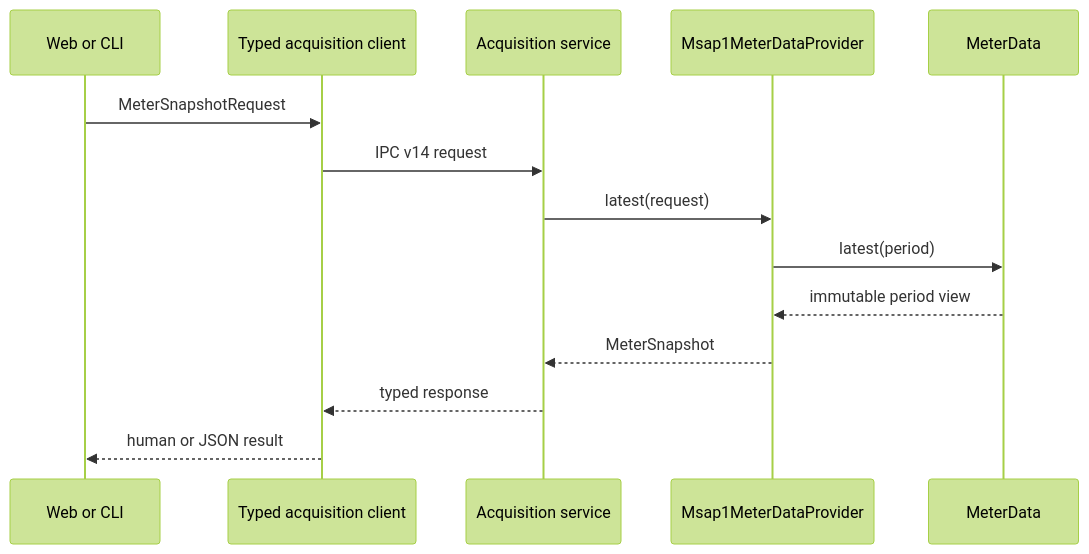
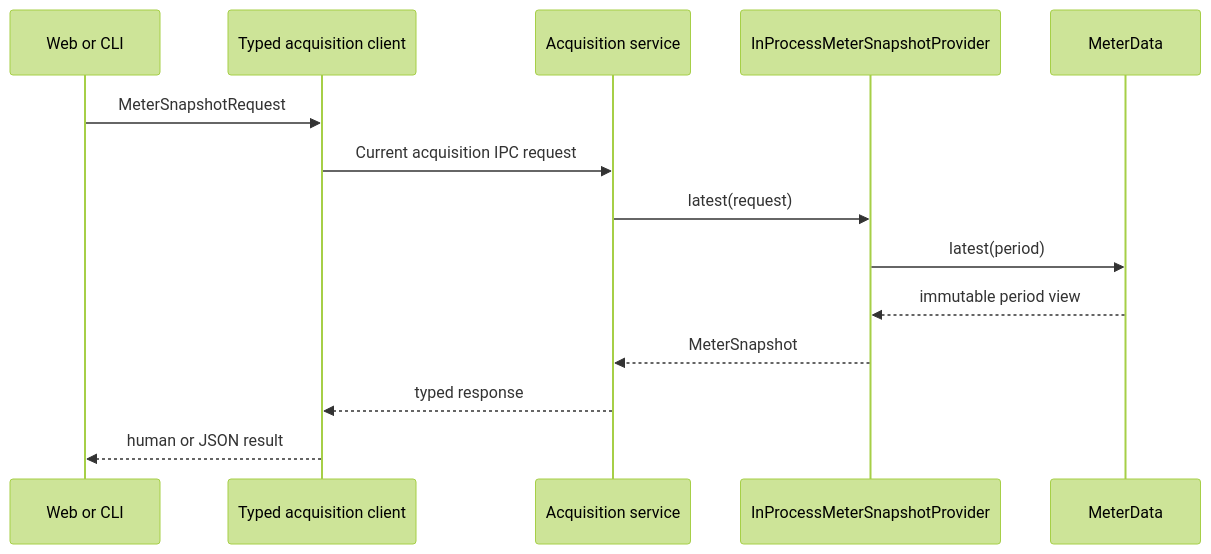
Before and after one commit to Monutchee/MSAP1_APU: the second of 2 diagrams in docs/Developer_Guide/METER_DATA_PROVIDER_PROGRAMMING_GUIDE.md, drawn with Mermaid (forest theme). The commit also changed other lines of this file and 41 other files, not shown here.

Commit message:
refactor(meter): unify snapshot and stream providers

```diff
--- a/docs/Developer_Guide/METER_DATA_PROVIDER_PROGRAMMING_GUIDE.md
+++ b/docs/Developer_Guide/METER_DATA_PROVIDER_PROGRAMMING_GUIDE.md
@@ -244,16 +258,16 @@
 ~~~mermaid
 sequenceDiagram
     participant C as Web or CLI
     participant G as Typed acquisition client
     participant A as Acquisition service
-    participant P as Msap1MeterDataProvider
+    participant P as InProcessMeterSnapshotProvider
     participant D as MeterData
     C->>G: MeterSnapshotRequest
-    G->>A: IPC v14 request
+    G->>A: Current acquisition IPC request
     A->>P: latest(request)
     P->>D: latest(period)
     D-->>P: immutable period view
     P-->>A: MeterSnapshot
     A-->>G: typed response
     G-->>C: human or JSON result
 ~~~
```
